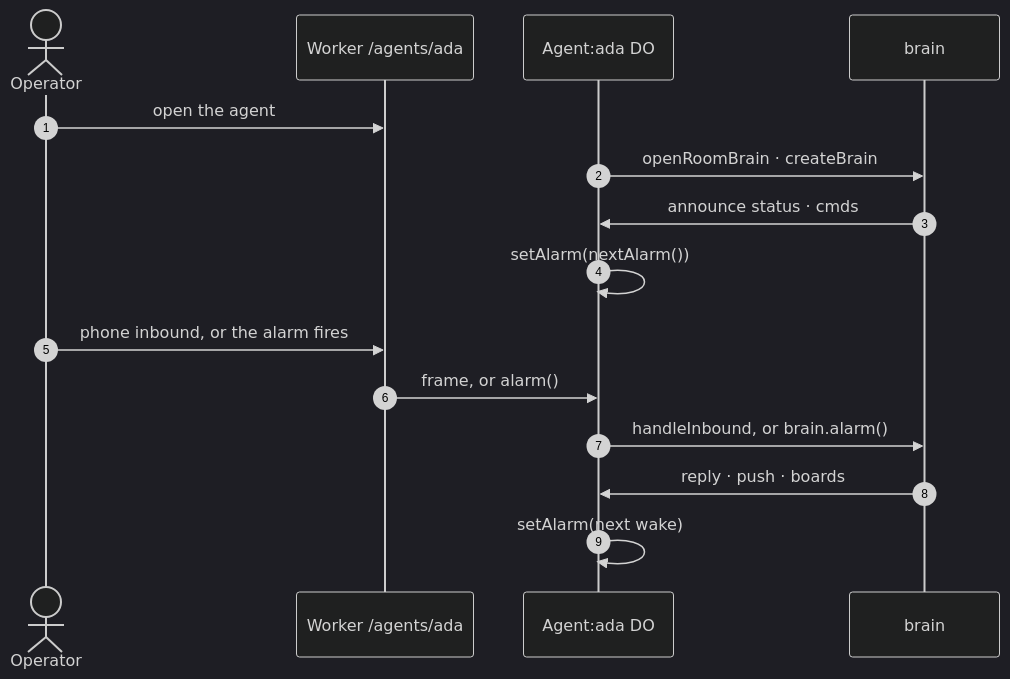
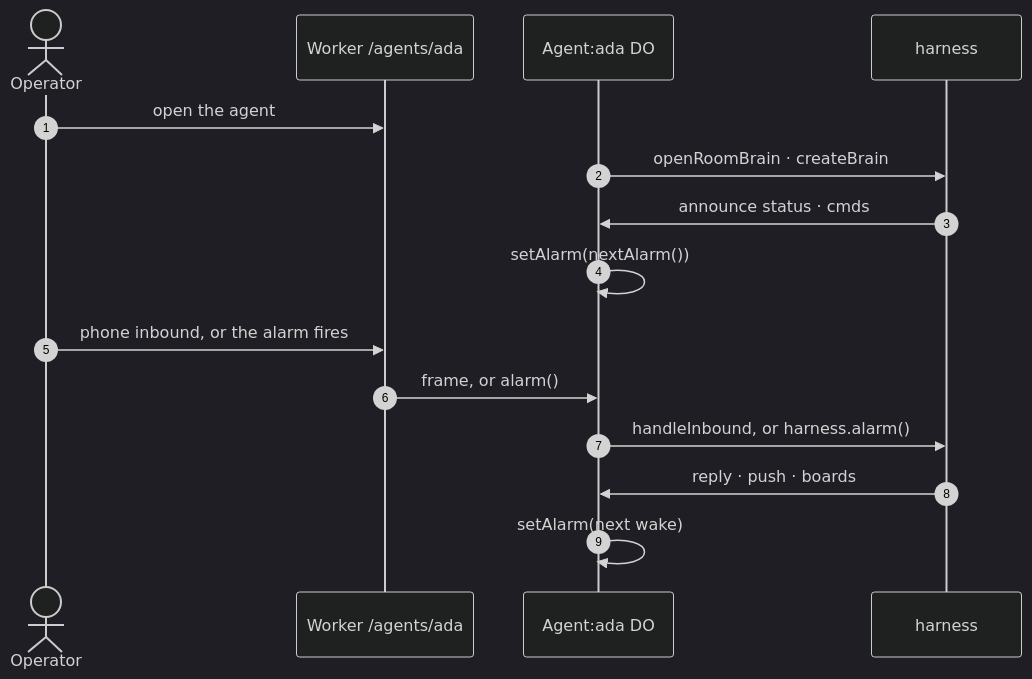
The eighth of 11 diagrams in docs/architecture.md (shotah/gantree2), drawn with Mermaid (dark theme) before and after one commit. The commit also changed other lines of this file and 689 other files, not shown here.

Commit message:
rename brain to harness

````diff
--- a/docs/architecture.md
+++ b/docs/architecture.md
@@ -335,19 +335,19 @@
 ```mermaid
 sequenceDiagram
   autonumber
   actor O as Operator
   participant W as Worker /agents/ada
   participant A as Agent:ada DO
-  participant B as brain
+  participant B as harness
 
   O->>W: open the agent
   A->>B: openRoomBrain · createBrain
   B->>A: announce status · cmds
   A->>A: setAlarm(nextAlarm())
 
   O->>W: phone inbound, or the alarm fires
   W->>A: frame, or alarm()
-  A->>B: handleInbound, or brain.alarm()
+  A->>B: handleInbound, or harness.alarm()
   B->>A: reply · push · boards
   A->>A: setAlarm(next wake)
 ```
````
